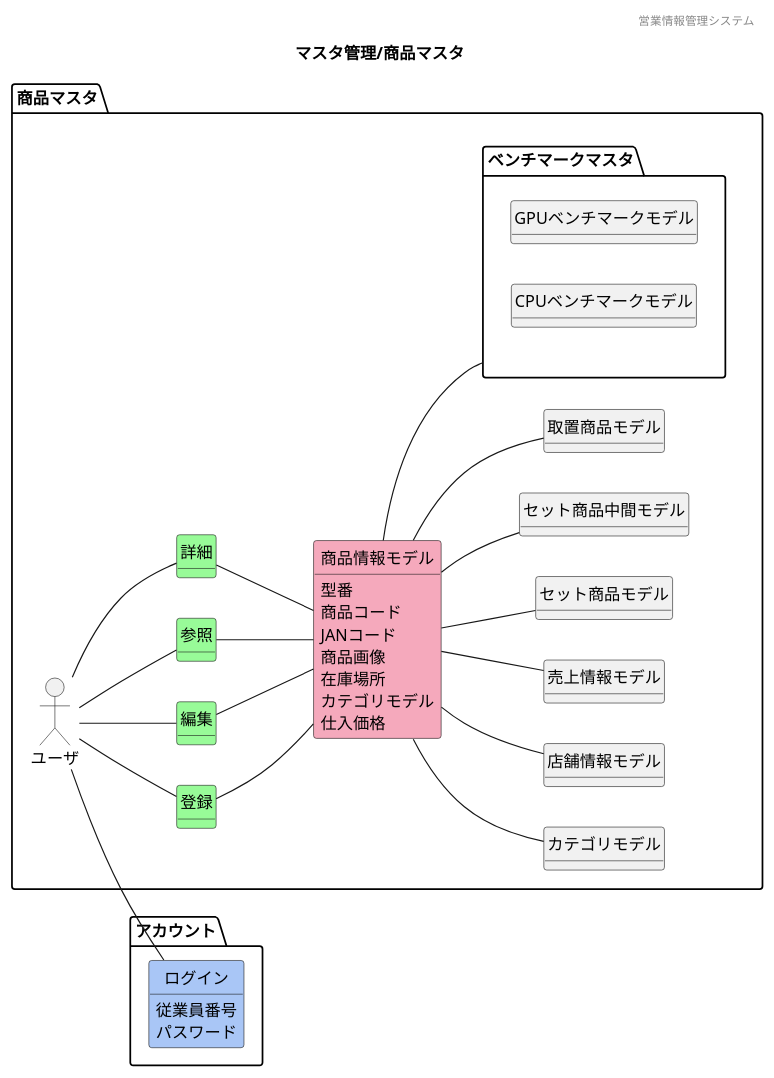
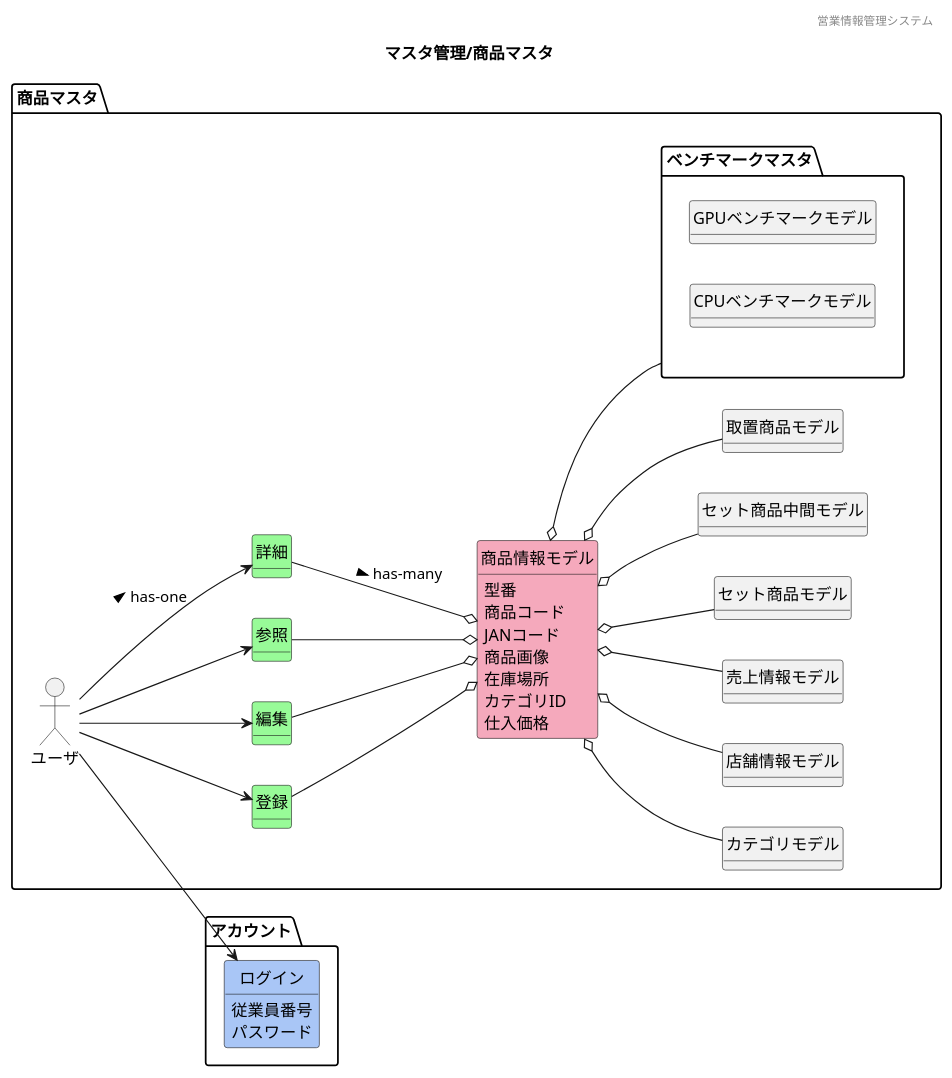
Before and after one commit to HaruShim/Sotuken: the diagram in 各種設計書/1ドメインモデル図/マスタ管理/F03商品マスタ.plantuml, drawn with PlantUML. The commit also changed 13 other files, not shown here.

```diff
--- a/各種設計書/1ドメインモデル図/マスタ管理/F03商品マスタ.plantuml
+++ b/各種設計書/1ドメインモデル図/マスタ管理/F03商品マスタ.plantuml
@@ -1,124 +1,113 @@
 @startuml images/マスタ管理/商品マスタ
 ' ヘッダー
 header 営業情報管理システム
 ' タイトル
 title マスタ管理/商品マスタ
 ' 
 hide circle
 ' 
 hide method
 left to right direction
 
 package "アカウント"{
     class "ログイン" #A9C6F6
 }
 
 package "商品マスタ" {
     'ユーザや外部システム
     mix_actor "ユーザ"
     class "登録" #98fb98
     class "編集" #98fb98
     class "参照" #98fb98
     class "詳細" #98fb98
     ' メインのモデルは赤
     class "商品情報モデル" #F5A9BC 
     class "カテゴリモデル" 
     package "ベンチマークマスタ"{
         class "GPUベンチマークモデル"
         class "CPUベンチマークモデル"
     }
     class "店舗情報モデル"
     class "売上情報モデル" 
     class "セット商品モデル"
     class "セット商品中間モデル"
     class "取置商品モデル"
 
-
-
-
-
-
-
-
-
-
-
-
     'モデル同士の関係
-    ユーザ -- 参照
-    ユーザ -- 登録
-    ユーザ -- 編集
-    ユーザ -- 詳細
-    参照 -- 商品情報モデル
-    登録 -- 商品情報モデル 
-    編集 -- 商品情報モデル 
-    詳細 -- 商品情報モデル
-    商品情報モデル -- カテゴリモデル
-    商品情報モデル -- 売上情報モデル
-    商品情報モデル -- 店舗情報モデル
-    商品情報モデル -- ベンチマークマスタ
-    商品情報モデル -- 取置商品モデル
-    商品情報モデル -- セット商品中間モデル
-    商品情報モデル -- セット商品モデル
+    ユーザ --> 参照
+    ユーザ --> 登録
+    ユーザ --> 編集
+    ユーザ --> 詳細 : > has-one
+    ユーザ --> ログイン
+    参照 --o 商品情報モデル
+    登録 --o 商品情報モデル 
+    編集 --o 商品情報モデル 
+    詳細 --o 商品情報モデル : > has-many
+    商品情報モデル o-- カテゴリモデル
+    商品情報モデル o-- 売上情報モデル
+    商品情報モデル o-- 店舗情報モデル
+    商品情報モデル o-- ベンチマークマスタ
+    商品情報モデル o-- 取置商品モデル
+    商品情報モデル o-- セット商品中間モデル
+    商品情報モデル o-- セット商品モデル
     'ドメインクラスの属性
     ' カテゴリモデル : カテゴリID
     ' カテゴリモデル : カテゴリ名
     ' 取置商品モデル : 取置予約ID
     ' 取置商品モデル : 商品コード[FK]
     ' 取置商品モデル : 型番
     ' 取置商品モデル : 店舗ID[FK]
     ' 取置商品モデル : 予約者氏名
     ' 取置商品モデル : 連絡先
     ' 取置商品モデル : 予約日時
     ' 取置商品モデル : 最終更新日時
     ' セット商品中間モデル : セット中間ID
     ' セット商品中間モデル : セット商品ID[FK]
     ' セット商品中間モデル : 商品コード[FK]
     ' セット商品中間モデル : 販売価格
     ' セット商品モデル : セット商品ID
     ' セット商品モデル : セット名
     ' セット商品モデル : 商品コード
     ' セット商品モデル : 型番
     ' セット商品モデル : 店舗ID[FK]
     ' セット商品モデル : 商品数
     ' セット商品モデル : 作成日時
     ' セット商品モデル : 最終更新日時
     ' 売上情報モデル : 売上情報ID
     ' 売上情報モデル : 商品コード[FK]
     ' 売上情報モデル : 仕入価格
     ' 売上情報モデル : 販売価格
     ' 売上情報モデル : 粗利
     ' 売上情報モデル : 粗利率
     ' 売上情報モデル : 店舗ID[FK]
     ' 売上情報モデル : 販売日
     ' 売上情報モデル : 最終更新日時
     ' 店舗情報モデル : 店舗ID
     ' 店舗情報モデル : 場所カテゴリ
     ' 店舗情報モデル : 住所
     ' 店舗情報モデル : 連絡先
     ' 店舗情報モデル : 店長
     ' 店舗情報モデル : 無効フラグ
     ' 店舗情報モデル : 作成日時
     ' 店舗情報モデル : 最終更新日時
     ログイン : 従業員番号
     ログイン : パスワード
     商品情報モデル : 型番
     商品情報モデル : 商品コード
     商品情報モデル : JANコード
     商品情報モデル : 商品画像
     商品情報モデル : 在庫場所
-    商品情報モデル : カテゴリモデル
+    商品情報モデル : カテゴリID
     商品情報モデル : 仕入価格
     ' カテゴリモデル : ノートPC
     ' カテゴリモデル : デスクトップPC
     ' カテゴリモデル : モニター
     ' カテゴリモデル : メモリ
     ' カテゴリモデル : HDD
     ' カテゴリモデル : SSD
 }
 
 
 
-ユーザ -- ログイン
 
 @enduml
```
